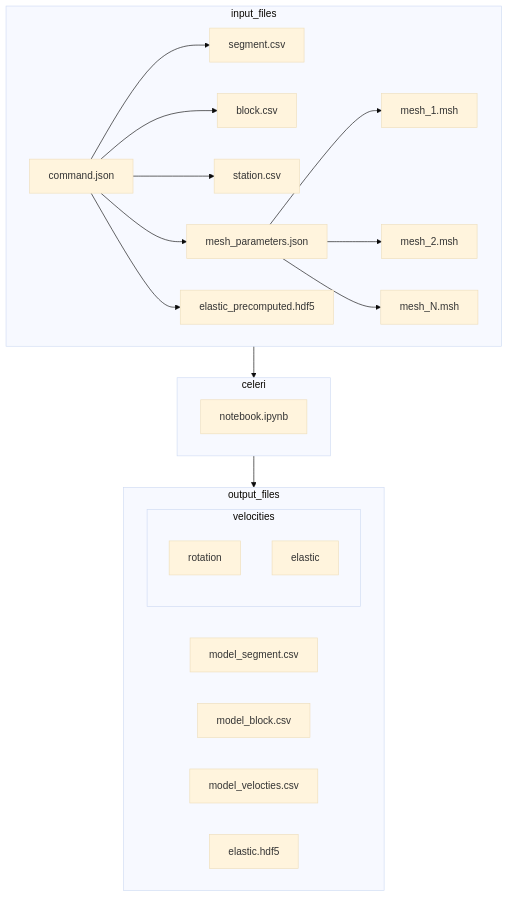
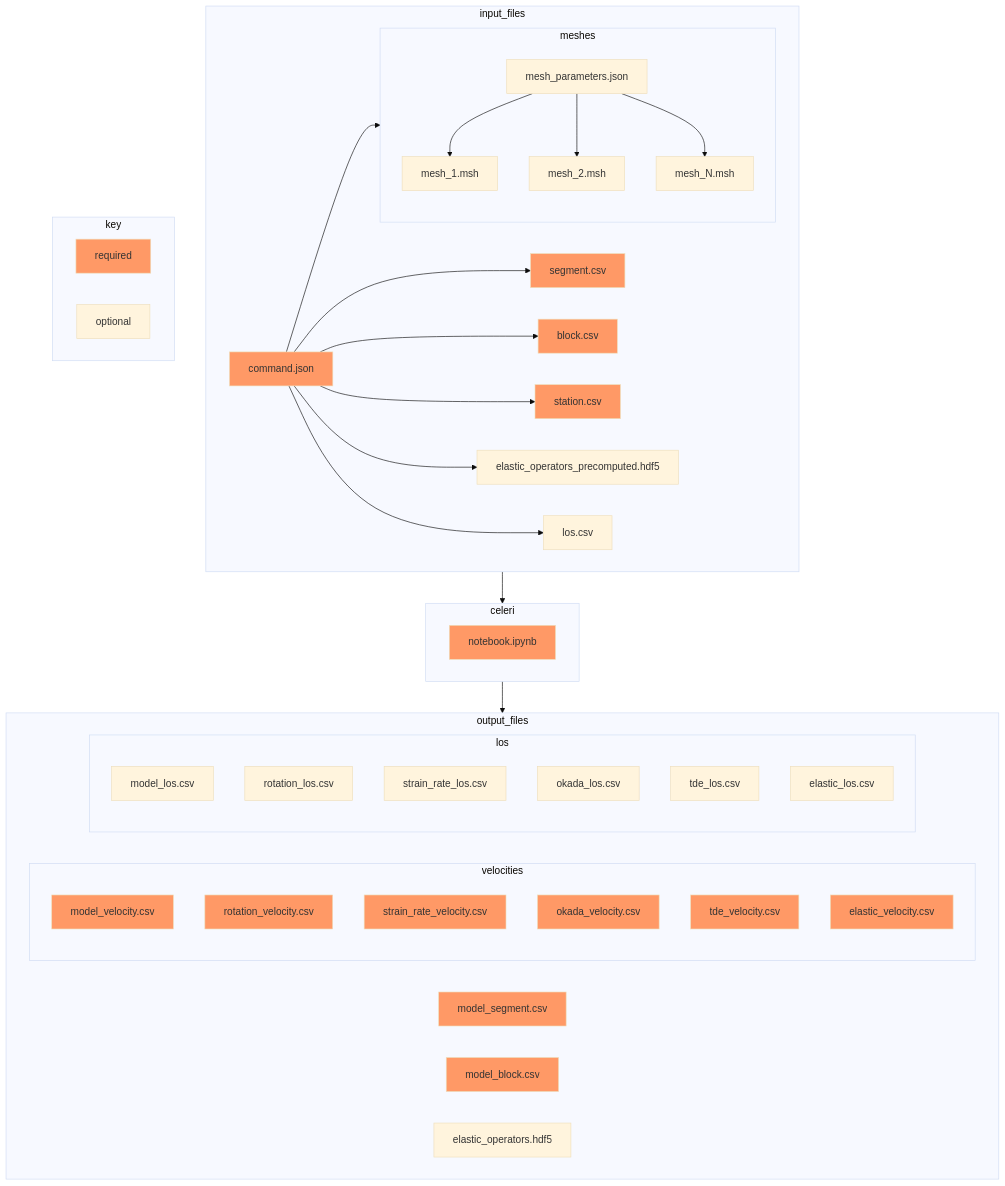
One commit to brendanjmeade/celeri changed the second of 2 diagrams in README.md. Above: the diagram before and after it, drawn with Mermaid (base theme).

Commit message:
Now with required and not required

````diff
--- a/README.md
+++ b/README.md
@@ -40,28 +40,48 @@
 ```mermaid
 flowchart TD
+  classDef required fill:#f96;
   subgraph input_files
-    command.json --> segment.csv
-    command.json --> block.csv
-    command.json --> station.csv
-    command.json --> mesh_parameters.json
-    mesh_parameters.json --> mesh_1.msh
-    mesh_parameters.json --> mesh_2.msh
-    mesh_parameters.json --> mesh_N.msh
-    command.json --> elastic_precomputed.hdf5
+    command.json:::required --> segment.csv:::required
+    command.json:::required --> block.csv:::required
+    command.json:::required --> station.csv:::required
+    subgraph meshes
+      mesh_parameters.json
+      mesh_parameters.json --> mesh_1.msh
+      mesh_parameters.json --> mesh_2.msh
+      mesh_parameters.json --> mesh_N.msh
+    end
+    command.json --> meshes
+    command.json --> elastic_operators_precomputed.hdf5
+    command.json --> los.csv
   end
   subgraph celeri
-    notebook.ipynb
+    notebook.ipynb:::required
   end
   subgraph output_files
-    model_segment.csv
-    model_block.csv
-    model_velocties.csv
-    elastic.hdf5
+    model_segment.csv:::required
+    model_block.csv:::required
+    elastic_operators.hdf5
     subgraph velocities
-      rotation
-      elastic
+      model_velocity.csv:::required
+      rotation_velocity.csv:::required
+      strain_rate_velocity.csv:::required
+      okada_velocity.csv:::required
+      tde_velocity.csv:::required
+      elastic_velocity.csv:::required
     end
+    subgraph los
+      model_los.csv
+      rotation_los.csv
+      strain_rate_los.csv
+      okada_los.csv
+      tde_los.csv
+      elastic_los.csv
+    end
+  end
+  subgraph key
+    required:::required
+    optional
   end
   input_files --> celeri
   celeri --> output_files
 ```
````
